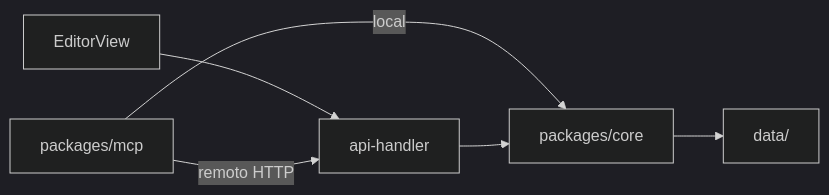
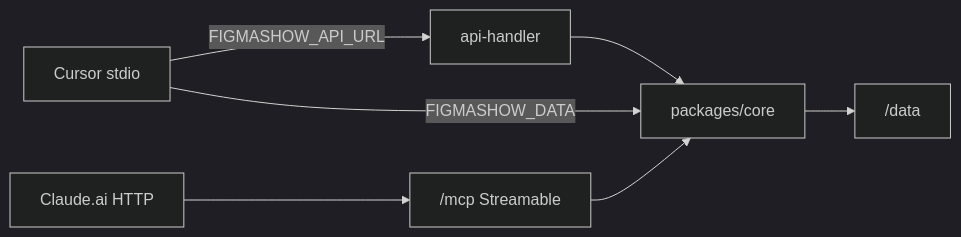
The diagram in .cursor/plans/roadmap-figmashow-pos-1_26a5e9cd.plan.md (rafaelrodrigofs/casoiko), drawn with Mermaid (dark theme) before and after one commit. The commit also changed other lines of this file and 22 other files, not shown here.

````diff
--- a/.cursor/plans/roadmap-figmashow-pos-1_26a5e9cd.plan.md
+++ b/.cursor/plans/roadmap-figmashow-pos-1_26a5e9cd.plan.md
@@ -38,14 +50,16 @@
 ```mermaid
 flowchart LR
-  UI[EditorView]
+  Cursor[Cursor stdio]
+  Claude[Claude.ai HTTP]
+  MCP["/mcp Streamable"]
   API[api-handler]
   Core[packages/core]
-  MCP[packages/mcp]
-  Disk[data/]
+  Disk["/data"]
 
-  UI --> API
-  MCP -->|local| Core
-  MCP -->|remoto HTTP| API
+  Cursor -->|FIGMASHOW_API_URL| API
+  Cursor -->|FIGMASHOW_DATA| Core
+  Claude --> MCP
+  MCP --> Core
   API --> Core
   Core --> Disk
 ```
````
